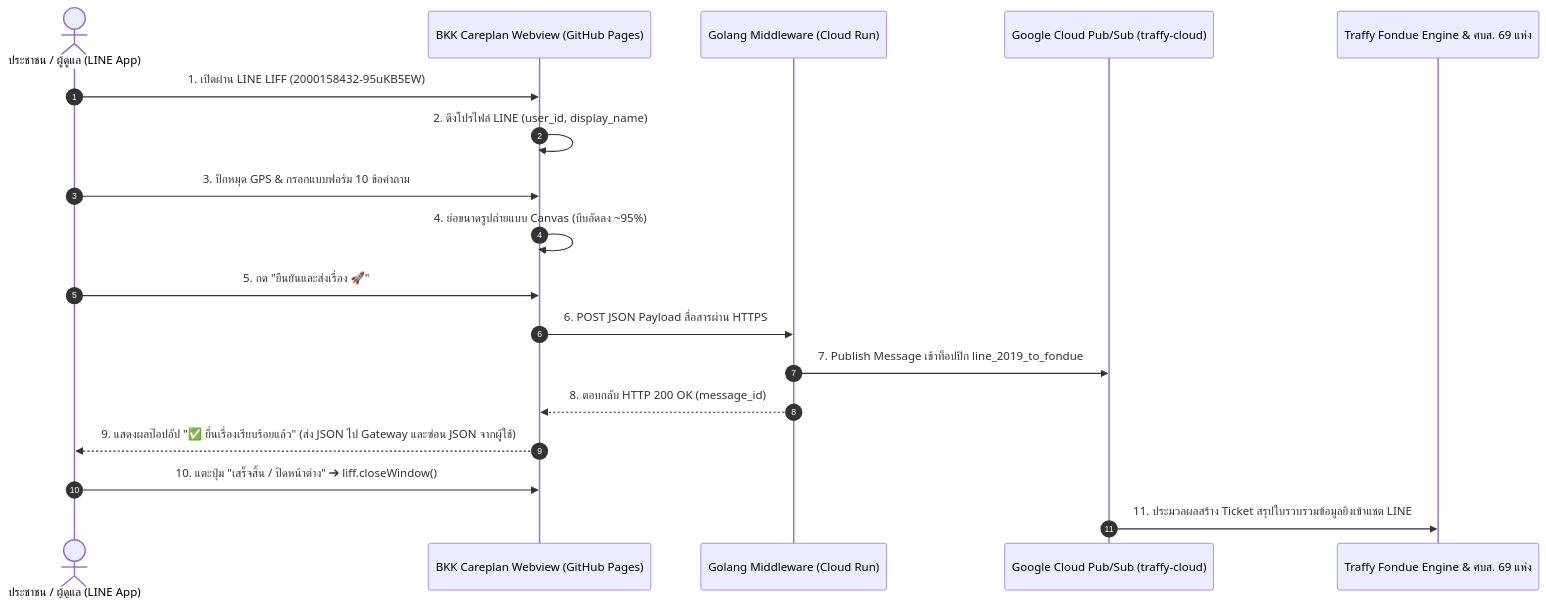
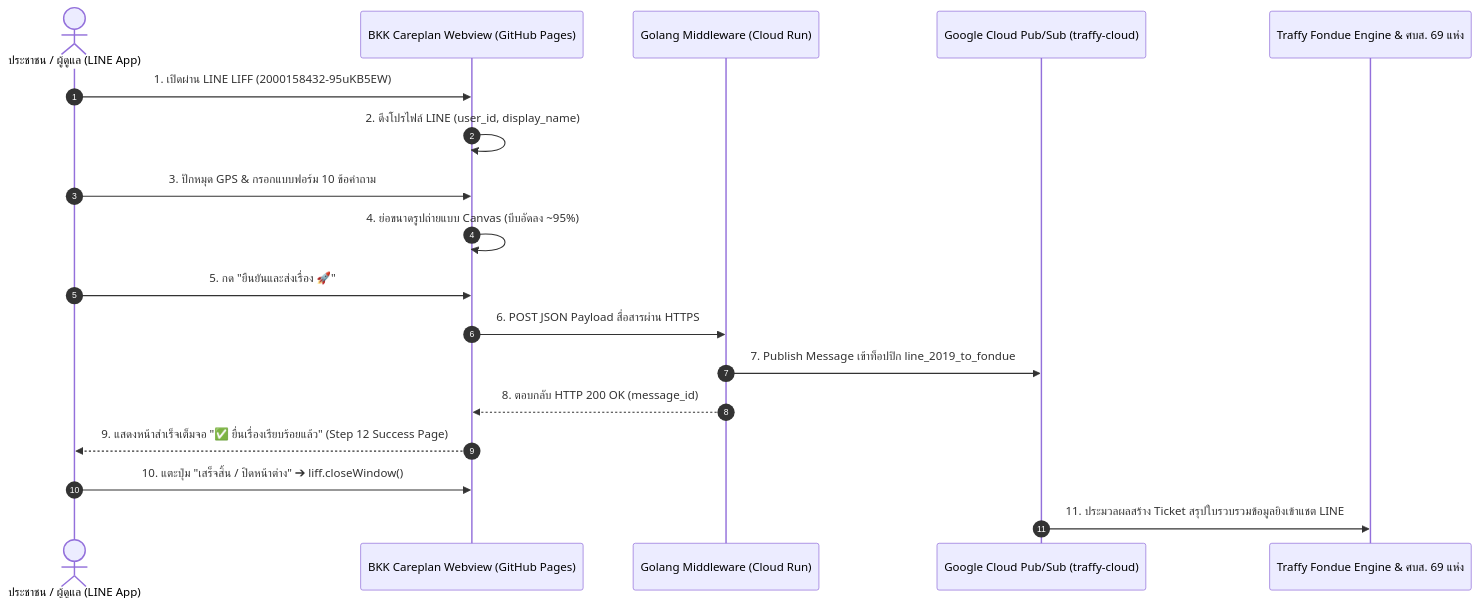
Before and after one commit to traffy-nectec/bkk-careplan: the diagram in HANDOFF.md, drawn with Mermaid. The commit also changed other lines of this file and 5 other files, not shown here.

Commit message:
feat(ui): replace completion modal with Step 12 Full-screen Success Page

````diff
--- a/HANDOFF.md
+++ b/HANDOFF.md
@@ -40,21 +40,21 @@
 ```mermaid
 sequenceDiagram
     autonumber
     actor User as ประชาชน / ผู้ดูแล (LINE App)
     participant LIFF as BKK Careplan Webview (GitHub Pages)
     participant Gateway as Golang Middleware (Cloud Run)
     participant PubSub as Google Cloud Pub/Sub (traffy-cloud)
     participant Fondue as Traffy Fondue Engine & ศบส. 69 แห่ง
 
     User->>LIFF: 1. เปิดผ่าน LINE LIFF (2000158432-95uKB5EW)
     LIFF->>LIFF: 2. ดึงโปรไฟล์ LINE (user_id, display_name)
     User->>LIFF: 3. ปักหมุด GPS & กรอกแบบฟอร์ม 10 ข้อคำถาม
     LIFF->>LIFF: 4. ย่อขนาดรูปถ่ายแบบ Canvas (บีบอัดลง ~95%)
     User->>LIFF: 5. กด "ยืนยันและส่งเรื่อง 🚀"
     LIFF->>Gateway: 6. POST JSON Payload สื่อสารผ่าน HTTPS
     Gateway->>PubSub: 7. Publish Message เข้าท็อปปิก line_2019_to_fondue
     Gateway-->>LIFF: 8. ตอบกลับ HTTP 200 OK (message_id)
-    LIFF-->>User: 9. แสดงผลป๊อปอัป "✅ ยื่นเรื่องเรียบร้อยแล้ว" (ส่ง JSON ไป Gateway และซ่อน JSON จากผู้ใช้)
+    LIFF-->>User: 9. แสดงหน้าสำเร็จเต็มจอ "✅ ยื่นเรื่องเรียบร้อยแล้ว" (Step 12 Success Page)
     User->>LIFF: 10. แตะปุ่ม "เสร็จสิ้น / ปิดหน้าต่าง" ➔ liff.closeWindow()
     PubSub->>Fondue: 11. ประมวลผลสร้าง Ticket สรุปใบรวบรวมข้อมูลยิงเข้าแชต LINE
 ```
````
